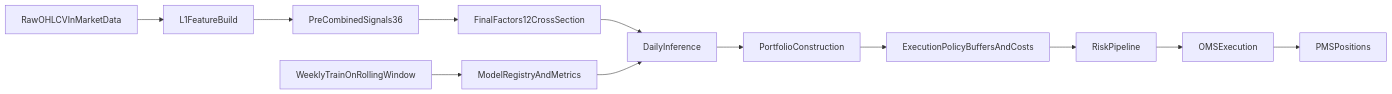
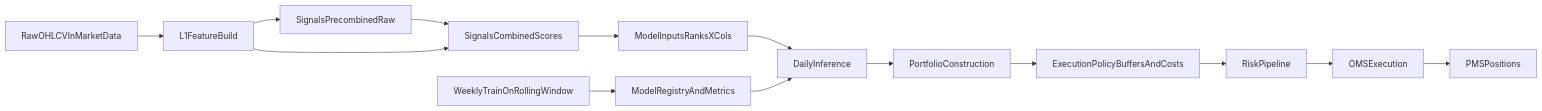
Before and after one commit to kcf1/Multistrat: the diagram in docs/strategies/TRADING_MODULE_BLUEPRINT.md, drawn with Mermaid. The commit also changed other lines of this file and 2 other files, not shown here.

````diff
--- a/docs/strategies/TRADING_MODULE_BLUEPRINT.md
+++ b/docs/strategies/TRADING_MODULE_BLUEPRINT.md
@@ -37,14 +41,16 @@
 ```mermaid
 flowchart LR
   rawIngest[RawOHLCVInMarketData] --> l1Build[L1FeatureBuild]
-  l1Build --> preSignals[PreCombinedSignals36]
-  preSignals --> finalFactors[FinalFactors12CrossSection]
-  finalFactors --> dailyInfer[DailyInference]
+  l1Build --> preSignals[SignalsPrecombinedRaw]
+  preSignals --> combSignals[SignalsCombinedScores]
+  l1Build --> combSignals
+  combSignals --> xsectionFactors[ModelInputsRanksXCols]
+  xsectionFactors --> dailyInfer[DailyInference]
   weeklyTrain[WeeklyTrainOnRollingWindow] --> modelStore[ModelRegistryAndMetrics]
   modelStore --> dailyInfer
   dailyInfer --> targetWeights[PortfolioConstruction]
   targetWeights --> execPolicy[ExecutionPolicyBuffersAndCosts]
   execPolicy --> riskPipe[RiskPipeline]
   riskPipe --> omsPipe[OMSExecution]
   omsPipe --> pmsState[PMSPositions]
 ```
````
